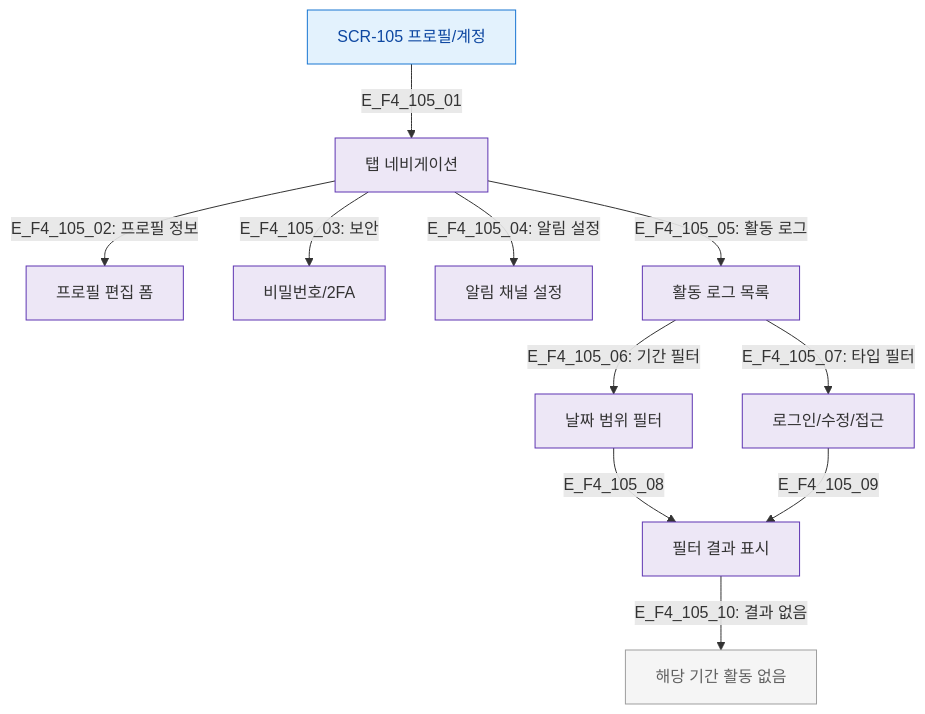
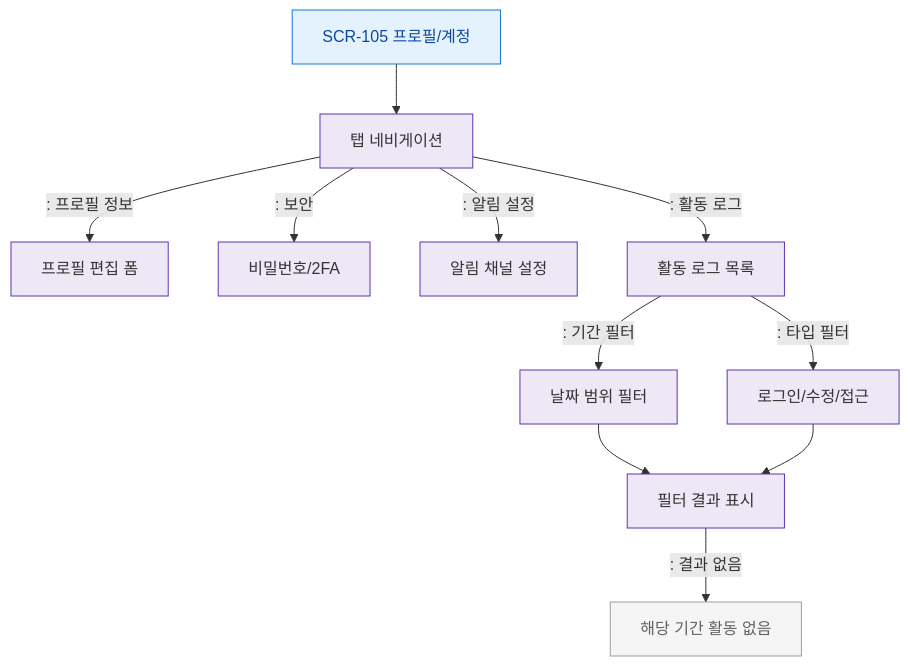
One commit to dev-spogym/admin-pando changed the diagram in docs/다이어그램/D01_공통/SCR-105_프로필_계정/F4_필터검색.md. Above: the diagram before and after it, drawn with Mermaid. The commit also changed other lines of this file and 1660 other files, not shown here.

First line of the commit message:
다이어그램: 기획자/클라이언트 납품본으로 정리

````diff
--- a/docs/다이어그램/D01_공통/SCR-105_프로필_계정/F4_필터검색.md
+++ b/docs/다이어그램/D01_공통/SCR-105_프로필_계정/F4_필터검색.md
@@ -19,22 +17,22 @@
 ```mermaid
 flowchart TD
-    SCR_105[SCR-105 프로필/계정] -->|E_F4_105_01| TAB_NAV[탭 네비게이션]
+    SCR_105[SCR-105 프로필/계정] --> TAB_NAV[탭 네비게이션]
 
-    TAB_NAV -->|"E_F4_105_02: 프로필 정보"| TAB_PROFILE[프로필 편집 폼]
-    TAB_NAV -->|"E_F4_105_03: 보안"| TAB_SECURITY[비밀번호/2FA]
-    TAB_NAV -->|"E_F4_105_04: 알림 설정"| TAB_NOTIF[알림 채널 설정]
-    TAB_NAV -->|"E_F4_105_05: 활동 로그"| TAB_LOG[활동 로그 목록]
+    TAB_NAV -->|": 프로필 정보"|TAB_PROFILE[프로필 편집 폼]
+    TAB_NAV -->|": 보안"|TAB_SECURITY[비밀번호/2FA]
+    TAB_NAV -->|": 알림 설정"|TAB_NOTIF[알림 채널 설정]
+    TAB_NAV -->|": 활동 로그"|TAB_LOG[활동 로그 목록]
 
-    TAB_LOG -->|"E_F4_105_06: 기간 필터"| LOG_DATE[날짜 범위 필터]
-    TAB_LOG -->|"E_F4_105_07: 타입 필터"| LOG_TYPE[로그인/수정/접근]
-    LOG_DATE -->|E_F4_105_08| LOG_RESULT[필터 결과 표시]
-    LOG_TYPE -->|E_F4_105_09| LOG_RESULT
-    LOG_RESULT -->|"E_F4_105_10: 결과 없음"| LOG_EMPTY[해당 기간 활동 없음]
+    TAB_LOG -->|": 기간 필터"|LOG_DATE[날짜 범위 필터]
+    TAB_LOG -->|": 타입 필터"|LOG_TYPE[로그인/수정/접근]
+    LOG_DATE --> LOG_RESULT[필터 결과 표시]
+    LOG_TYPE --> LOG_RESULT
+    LOG_RESULT -->|": 결과 없음"|LOG_EMPTY[해당 기간 활동 없음]
 
-    classDef screen      fill:#E3F2FD,stroke:#1976D2,color:#0D47A1
-    classDef system      fill:#EDE7F6,stroke:#5E35B2
+    classDef screen fill:#E3F2FD,stroke:#1976D2,color:#0D47A1
+    classDef system fill:#EDE7F6,stroke:#5E35B2
     classDef rbacBlocked fill:#F5F5F5,stroke:#9E9E9E,color:#616161
     class SCR_105 screen
     class TAB_NAV,TAB_PROFILE,TAB_SECURITY,TAB_NOTIF,TAB_LOG,LOG_DATE,LOG_TYPE,LOG_RESULT system
     class LOG_EMPTY rbacBlocked
 ```
````
